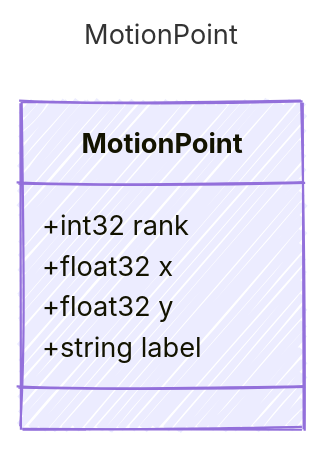
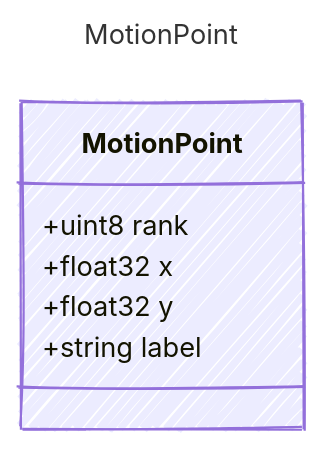
Before and after one commit to sethjuarez/cutready: the diagram in contracts/generated/markdown/MotionPoint.md, drawn with Mermaid. The commit also changed other lines of this file and 41 other files, not shown here.

````diff
--- a/contracts/generated/markdown/MotionPoint.md
+++ b/contracts/generated/markdown/MotionPoint.md
@@ -12,17 +12,17 @@
 ```mermaid
 ---
 title: MotionPoint
 config:
   look: handDrawn
   theme: colorful
   class:
     hideEmptyMembersBox: true
 ---
 classDiagram
     class MotionPoint {
-        +int32 rank
+        +uint8 rank
         +float32 x
         +float32 y
         +string label
     }
 ```
````
